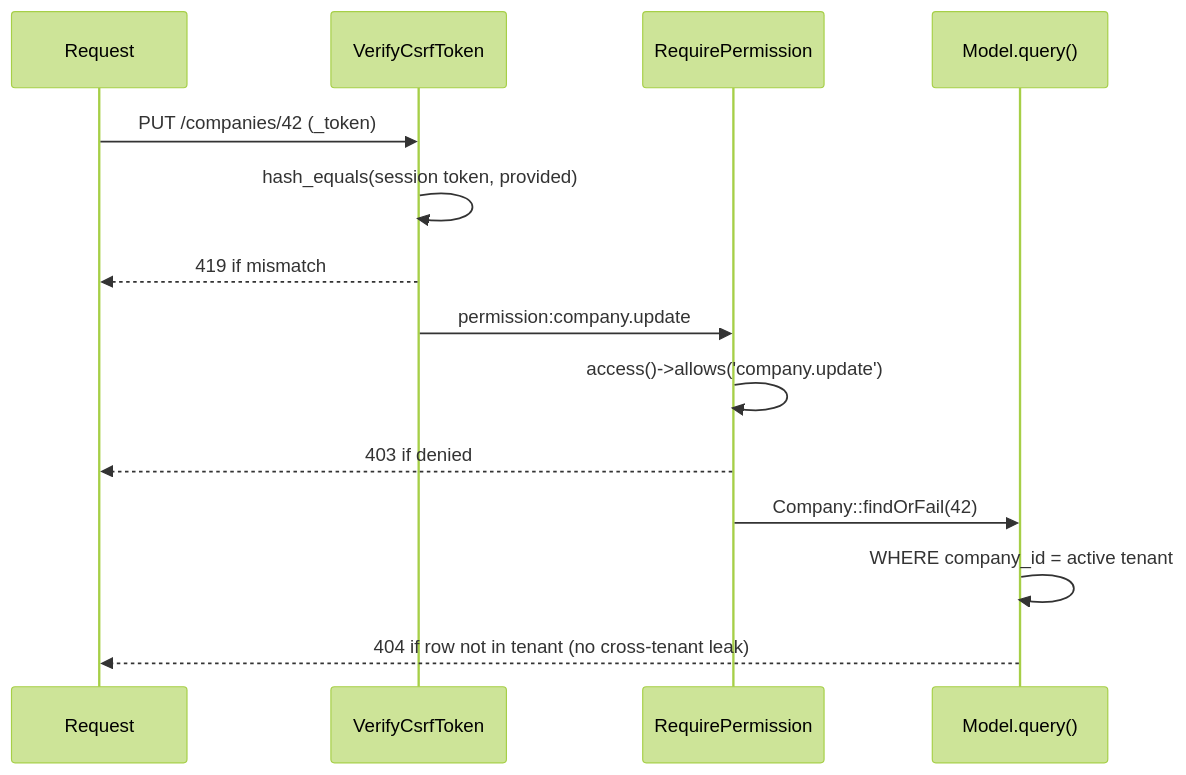
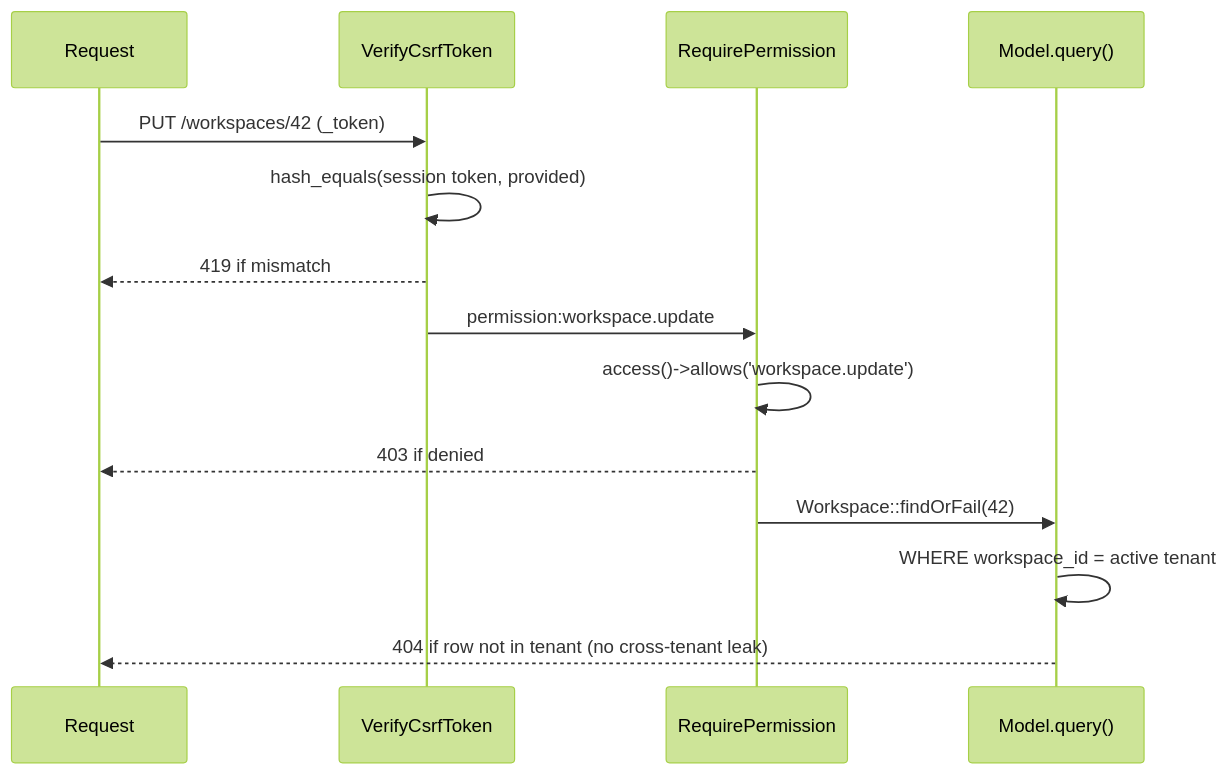
The third of 3 diagrams in docs/34-Security.md (ammarnabileg/crm), drawn with Mermaid (forest theme) before and after one commit. The commit also changed other lines of this file and 47 other files, not shown here.

````diff
--- a/docs/34-Security.md
+++ b/docs/34-Security.md
@@ -108,16 +108,16 @@
 ```mermaid
 sequenceDiagram
     participant R as Request
     participant C as VerifyCsrfToken
     participant P as RequirePermission
     participant M as Model.query()
-    R->>C: PUT /companies/42 (_token)
+    R->>C: PUT /workspaces/42 (_token)
     C->>C: hash_equals(session token, provided)
     C-->>R: 419 if mismatch
-    C->>P: permission:company.update
-    P->>P: access()->allows('company.update')
+    C->>P: permission:workspace.update
+    P->>P: access()->allows('workspace.update')
     P-->>R: 403 if denied
-    P->>M: Company::findOrFail(42)
-    M->>M: WHERE company_id = active tenant
+    P->>M: Workspace::findOrFail(42)
+    M->>M: WHERE workspace_id = active tenant
     M-->>R: 404 if row not in tenant (no cross-tenant leak)
 ```
````
